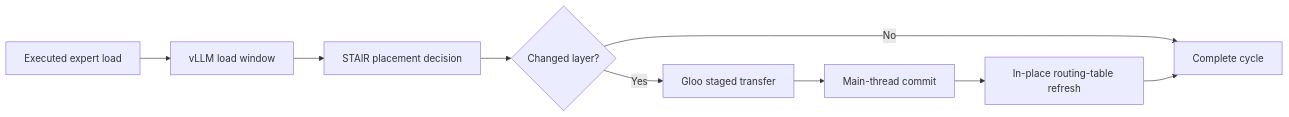
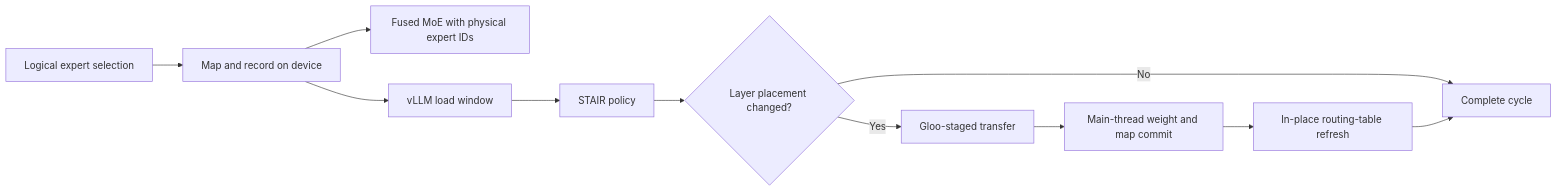
One commit to vllm-project/vllm-ascend changed the diagram in docs/source/developer_guide/Design_Documents/model_runner_v2_eplb.md. Above: the diagram before and after it, drawn with Mermaid. The commit also changed other lines of this file and 5 other files, not shown here.

First line of the commit message:
docs(eplb): clarify asynchronous MRv2 architecture

````diff
--- a/docs/source/developer_guide/Design_Documents/model_runner_v2_eplb.md
+++ b/docs/source/developer_guide/Design_Documents/model_runner_v2_eplb.md
@@ -19,11 +18,13 @@
 ```mermaid
 flowchart LR
-    A["Executed expert load"] --> B["vLLM load window"]
-    B --> C["STAIR placement decision"]
-    C --> D{"Changed layer?"}
-    D -->|"No"| E["Complete cycle"]
-    D -->|"Yes"| F["Gloo staged transfer"]
-    F --> G["Main-thread commit"]
-    G --> H["In-place routing-table refresh"]
-    H --> E
+    A["Logical expert selection"] --> B["Map and record on device"]
+    B --> C["Fused MoE with physical expert IDs"]
+    B --> D["vLLM load window"]
+    D --> E["STAIR policy"]
+    E --> F{"Layer placement changed?"}
+    F -->|"No"| J["Complete cycle"]
+    F -->|"Yes"| G["Gloo-staged transfer"]
+    G --> H["Main-thread weight and map commit"]
+    H --> I["In-place routing-table refresh"]
+    I --> J
 ```
````
